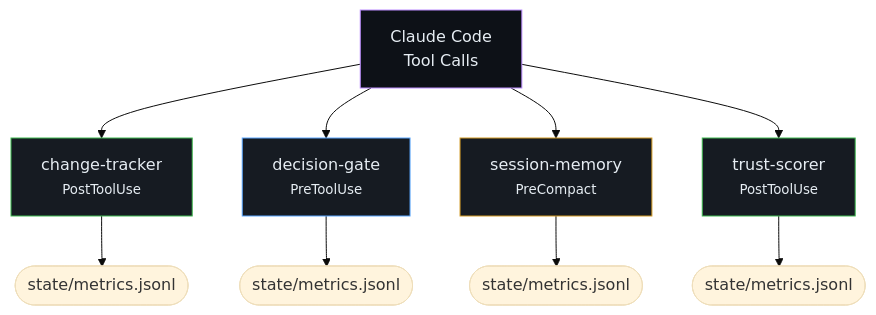
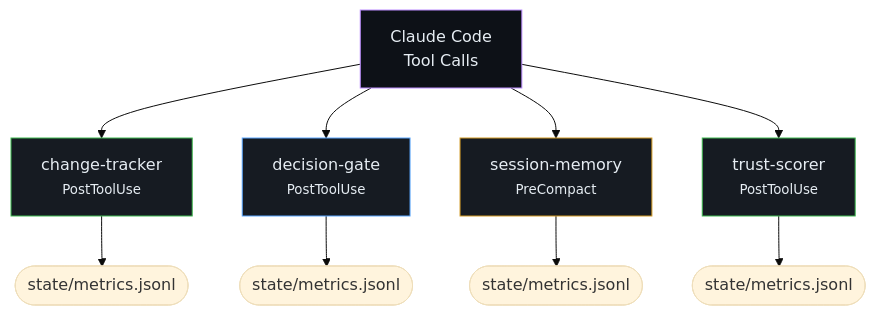
One commit to enchanted-plugins/crow changed the diagram in docs/architecture/highlevel.mmd. Above: the diagram before and after it, drawn with Mermaid (base theme). The commit also changed 13 other files, not shown here.

First line of the commit message:
fix(decision-gate): align README, tests, and diagrams to PostToolUse contract

```diff
--- a/docs/architecture/highlevel.mmd
+++ b/docs/architecture/highlevel.mmd
@@ -1,23 +1,23 @@
 graph TD
     CC["Claude Code<br/>Tool Calls"]
     change_tracker["change-tracker<br/><small>PostToolUse</small>"]
     CC --> change_tracker
     change_tracker_out(["state/metrics.jsonl"])
     change_tracker --> change_tracker_out
     style change_tracker fill:#161b22,stroke:#3fb950,color:#e6edf3
-    decision_gate["decision-gate<br/><small>PreToolUse</small>"]
+    decision_gate["decision-gate<br/><small>PostToolUse</small>"]
     CC --> decision_gate
     decision_gate_out(["state/metrics.jsonl"])
     decision_gate --> decision_gate_out
     style decision_gate fill:#161b22,stroke:#58a6ff,color:#e6edf3
     session_memory["session-memory<br/><small>PreCompact</small>"]
     CC --> session_memory
     session_memory_out(["state/metrics.jsonl"])
     session_memory --> session_memory_out
     style session_memory fill:#161b22,stroke:#d29922,color:#e6edf3
     trust_scorer["trust-scorer<br/><small>PostToolUse</small>"]
     CC --> trust_scorer
     trust_scorer_out(["state/metrics.jsonl"])
     trust_scorer --> trust_scorer_out
     style trust_scorer fill:#161b22,stroke:#3fb950,color:#e6edf3
     style CC fill:#0d1117,stroke:#bc8cff,color:#e6edf3
```
